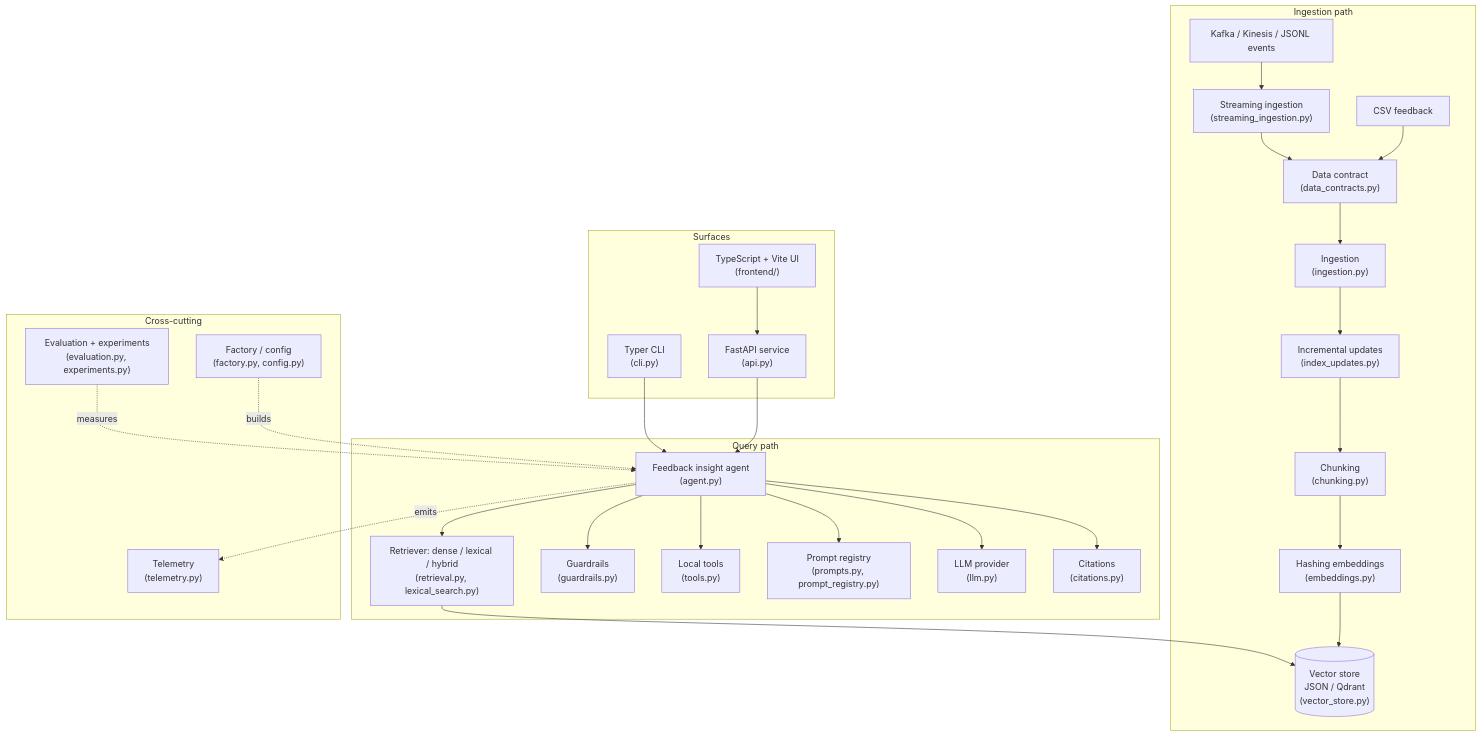
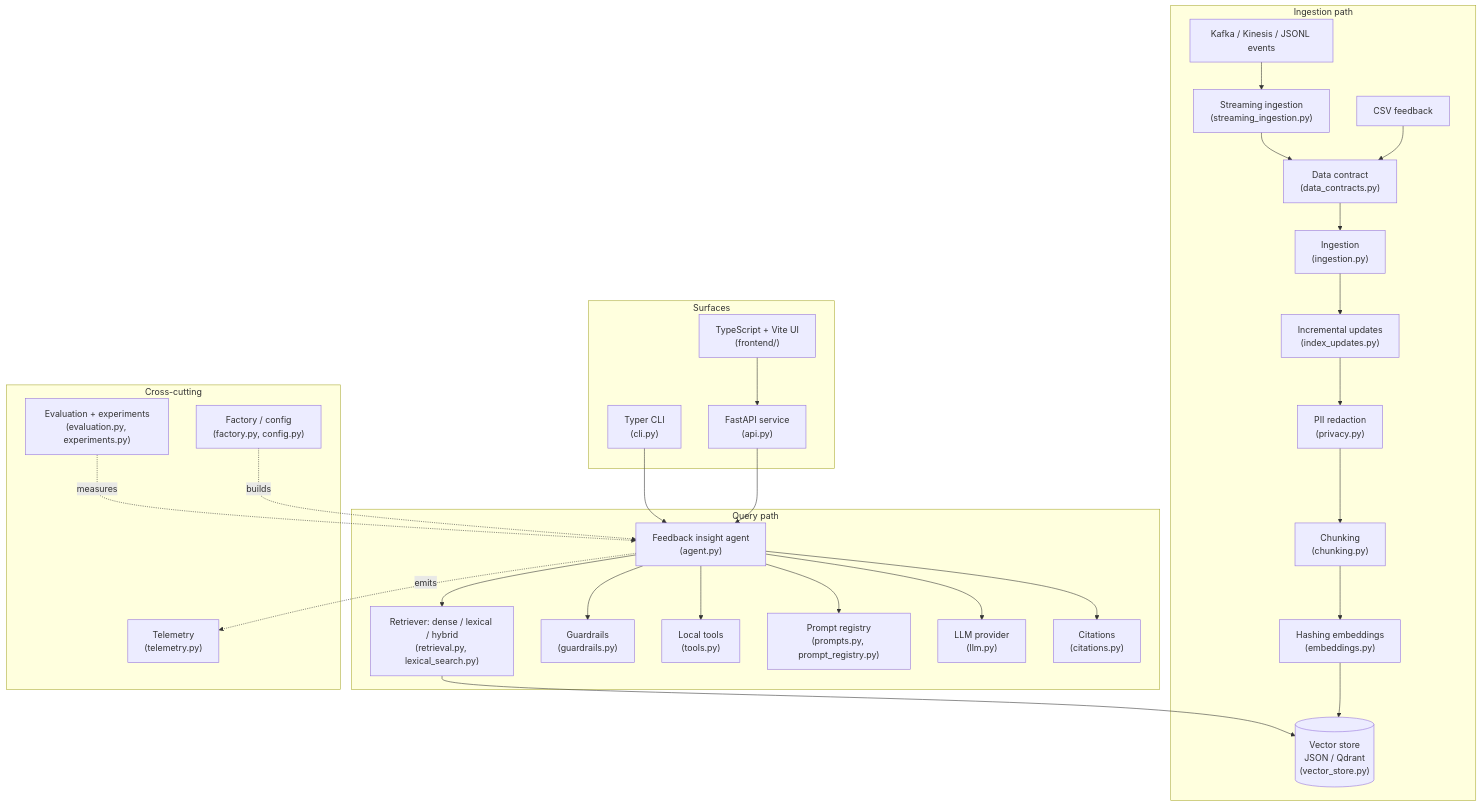
Before and after one commit to DiogoRibeiro7/feedback-intelligence-agent: the first of 3 diagrams in docs/case_study.md, drawn with Mermaid. The commit also changed other lines of this file and 11 other files, not shown here.

Commit message:
feat: add pii redaction before storage

````diff
--- a/docs/case_study.md
+++ b/docs/case_study.md
@@ -64,49 +64,50 @@
 ```mermaid
 flowchart TB
   subgraph Ingest["Ingestion path"]
     CSV["CSV feedback"] --> DC["Data contract<br/>(data_contracts.py)"]
     STREAM["Kafka / Kinesis / JSONL events"] --> SI["Streaming ingestion<br/>(streaming_ingestion.py)"]
     SI --> DC
     DC --> ING["Ingestion<br/>(ingestion.py)"]
     ING --> UPD["Incremental updates<br/>(index_updates.py)"]
-    UPD --> CH["Chunking<br/>(chunking.py)"]
+    UPD --> PRV["PII redaction<br/>(privacy.py)"]
+    PRV --> CH["Chunking<br/>(chunking.py)"]
     CH --> EMB["Hashing embeddings<br/>(embeddings.py)"]
     EMB --> VS[("Vector store<br/>JSON / Qdrant<br/>(vector_store.py)")]
   end
 
   subgraph Query["Query path"]
     AG["Feedback insight agent<br/>(agent.py)"]
     RET["Retriever: dense / lexical / hybrid<br/>(retrieval.py, lexical_search.py)"]
     GR["Guardrails<br/>(guardrails.py)"]
     TL["Local tools<br/>(tools.py)"]
     PR["Prompt registry<br/>(prompts.py, prompt_registry.py)"]
     LLM["LLM provider<br/>(llm.py)"]
     CIT["Citations<br/>(citations.py)"]
     AG --> GR
     AG --> RET
     RET --> VS
     AG --> TL
     AG --> PR
     AG --> LLM
     AG --> CIT
   end
 
   subgraph Surfaces["Surfaces"]
     API["FastAPI service<br/>(api.py)"]
     CLI["Typer CLI<br/>(cli.py)"]
     FE["TypeScript + Vite UI<br/>(frontend/)"]
   end
 
   subgraph Cross["Cross-cutting"]
     FAC["Factory / config<br/>(factory.py, config.py)"]
     TEL["Telemetry<br/>(telemetry.py)"]
     EVAL["Evaluation + experiments<br/>(evaluation.py, experiments.py)"]
   end
 
   API --> AG
   CLI --> AG
   FE --> API
   FAC -.builds.-> AG
   AG -.emits.-> TEL
   EVAL -.measures.-> AG
 ```
````
